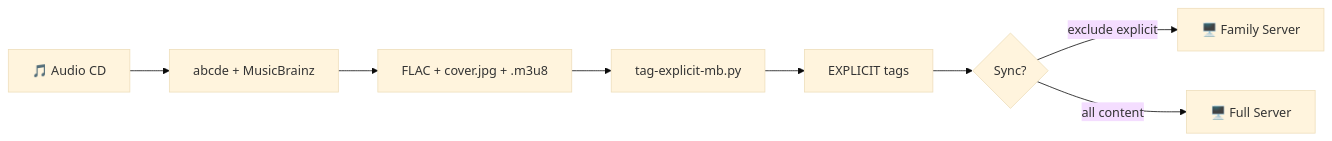
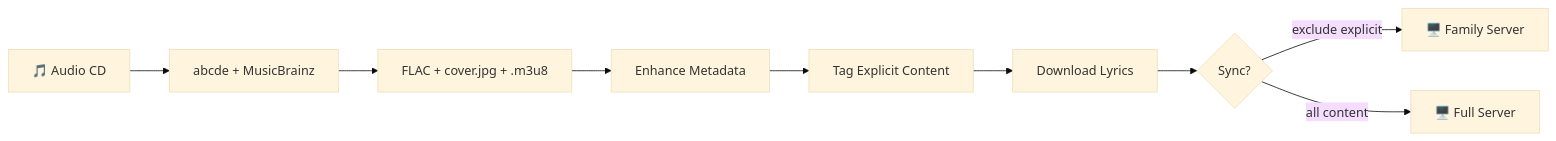
One commit to geniusworks/digital-archive-maker changed the second of 5 diagrams in docs/workflow_overview.md. Above: the diagram before and after it, drawn with Mermaid (base theme). The commit also changed other lines of this file and 4 other files, not shown here.

````diff
--- a/docs/workflow_overview.md
+++ b/docs/workflow_overview.md
@@ -74,10 +82,11 @@
 ```mermaid
 flowchart LR
     A[🎵 Audio CD] --> B[abcde + MusicBrainz]
     B --> C[FLAC + cover.jpg + .m3u8]
-    C --> D[tag-explicit-mb.py]
-    D --> E[EXPLICIT tags]
-    E --> F{Sync?}
-    F -->|exclude explicit| G[🖥️ Family Server]
-    F -->|all content| H[🖥️ Full Server]
+    C --> D[Enhance Metadata]
+    D --> E[Tag Explicit Content]
+    E --> F[Download Lyrics]
+    F --> G{Sync?}
+    G -->|exclude explicit| H[🖥️ Family Server]
+    G -->|all content| I[🖥️ Full Server]
 ```
````
